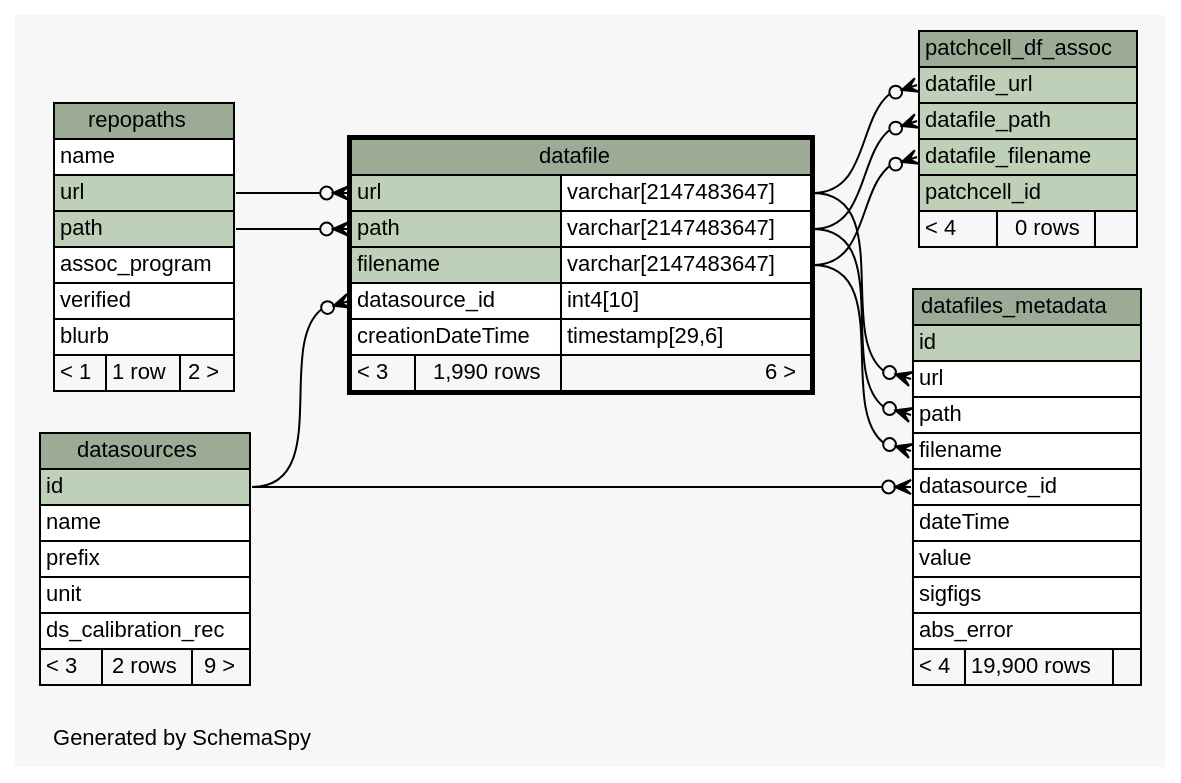
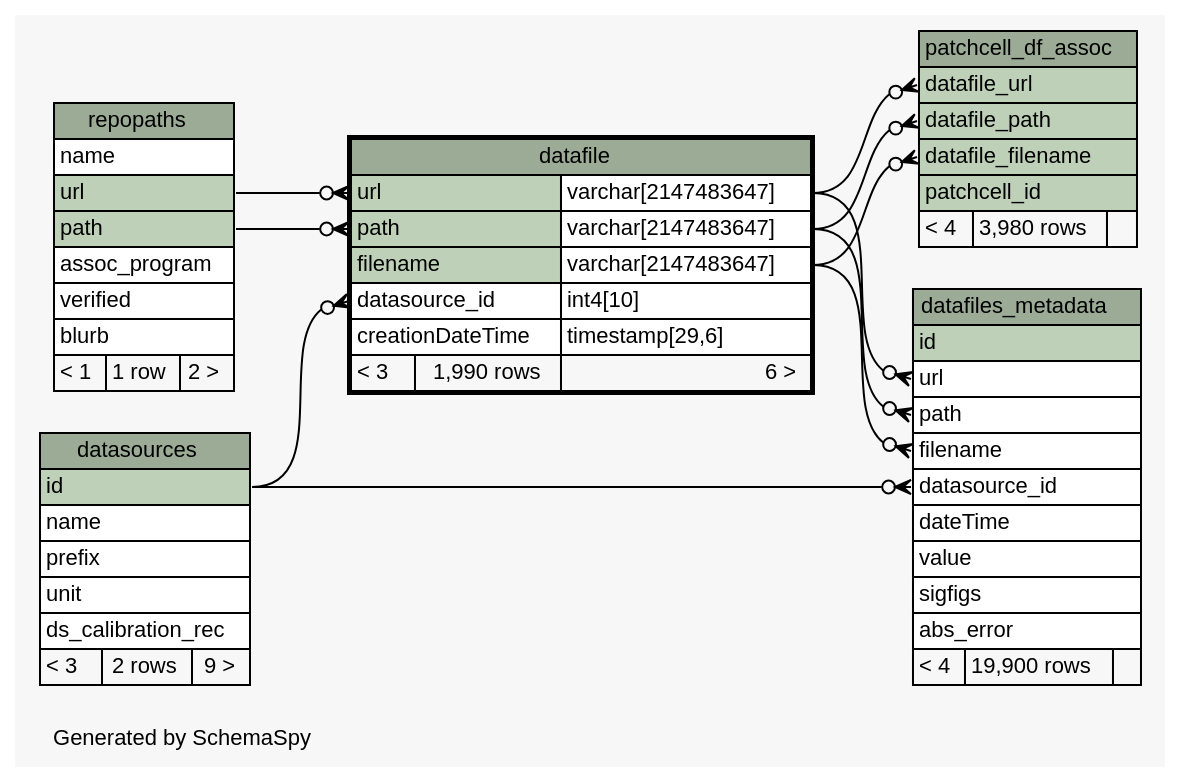
One commit to tgbugs/mlab changed the diagram in database/ss/diagrams/datafile.1degree.dot. Above: the diagram before and after it, drawn with Graphviz. The commit also changed 215 other files, not shown here.

```diff
--- a/database/ss/diagrams/datafile.1degree.dot
+++ b/database/ss/diagrams/datafile.1degree.dot
@@ -1,106 +1,106 @@
 // dot 2.32.0 on Windows 7 6.1
 // SchemaSpy rev 590
 digraph "oneDegreeRelationshipsDiagram" {
   graph [
     rankdir="RL"
     bgcolor="#f7f7f7"
     label="\nGenerated by SchemaSpy"
     labeljust="l"
     nodesep="0.18"
     ranksep="0.46"
     fontname="Helvetica"
     fontsize="11"
   ];
   node [
     fontname="Helvetica"
     fontsize="11"
     shape="plaintext"
   ];
   edge [
     arrowsize="0.8"
   ];
   "datafile":"datasource_id":w -> "datasources":"id":e [arrowhead=none dir=back arrowtail=crowodot];
   "datafile":"path":w -> "repopaths":"path":e [arrowhead=none dir=back arrowtail=crowodot];
   "datafile":"url":w -> "repopaths":"url":e [arrowhead=none dir=back arrowtail=crowodot];
   "datafiles_metadata":"datasource_id":w -> "datasources":"id":e [arrowhead=none dir=back arrowtail=crowodot];
   "datafiles_metadata":"filename":w -> "datafile":"filename.type":e [arrowhead=none dir=back arrowtail=crowodot];
   "datafiles_metadata":"path":w -> "datafile":"path.type":e [arrowhead=none dir=back arrowtail=crowodot];
   "datafiles_metadata":"url":w -> "datafile":"url.type":e [arrowhead=none dir=back arrowtail=crowodot];
   "patchcell_df_assoc":"datafile_filename":w -> "datafile":"filename.type":e [arrowhead=none dir=back arrowtail=crowodot];
   "patchcell_df_assoc":"datafile_path":w -> "datafile":"path.type":e [arrowhead=none dir=back arrowtail=crowodot];
   "patchcell_df_assoc":"datafile_url":w -> "datafile":"url.type":e [arrowhead=none dir=back arrowtail=crowodot];
   "datafile" [
     label=<
     <TABLE BORDER="2" CELLBORDER="1" CELLSPACING="0" BGCOLOR="#ffffff">
       <TR><TD COLSPAN="3" BGCOLOR="#9bab96" ALIGN="CENTER">datafile</TD></TR>
       <TR><TD PORT="url" COLSPAN="2" BGCOLOR="#bed1b8" ALIGN="LEFT">url</TD><TD PORT="url.type" ALIGN="LEFT">varchar[2147483647]</TD></TR>
       <TR><TD PORT="path" COLSPAN="2" BGCOLOR="#bed1b8" ALIGN="LEFT">path</TD><TD PORT="path.type" ALIGN="LEFT">varchar[2147483647]</TD></TR>
       <TR><TD PORT="filename" COLSPAN="2" BGCOLOR="#bed1b8" ALIGN="LEFT">filename</TD><TD PORT="filename.type" ALIGN="LEFT">varchar[2147483647]</TD></TR>
       <TR><TD PORT="datasource_id" COLSPAN="2" ALIGN="LEFT">datasource_id</TD><TD PORT="datasource_id.type" ALIGN="LEFT">int4[10]</TD></TR>
       <TR><TD PORT="creationDateTime" COLSPAN="2" ALIGN="LEFT">creationDateTime</TD><TD PORT="creationDateTime.type" ALIGN="LEFT">timestamp[29,6]</TD></TR>
       <TR><TD ALIGN="LEFT" BGCOLOR="#f7f7f7">&lt; 3</TD><TD ALIGN="RIGHT" BGCOLOR="#f7f7f7">1,990 rows</TD><TD ALIGN="RIGHT" BGCOLOR="#f7f7f7">6 &gt;</TD></TR>
     </TABLE>>
     URL="datafile.html"
     tooltip="datafile"
   ];
   "datafiles_metadata" [
     label=<
     <TABLE BORDER="0" CELLBORDER="1" CELLSPACING="0" BGCOLOR="#ffffff">
       <TR><TD COLSPAN="3" BGCOLOR="#9bab96" ALIGN="CENTER">datafiles_metadata</TD></TR>
       <TR><TD PORT="id" COLSPAN="3" BGCOLOR="#bed1b8" ALIGN="LEFT">id</TD></TR>
       <TR><TD PORT="url" COLSPAN="3" ALIGN="LEFT">url</TD></TR>
       <TR><TD PORT="path" COLSPAN="3" ALIGN="LEFT">path</TD></TR>
       <TR><TD PORT="filename" COLSPAN="3" ALIGN="LEFT">filename</TD></TR>
       <TR><TD PORT="datasource_id" COLSPAN="3" ALIGN="LEFT">datasource_id</TD></TR>
       <TR><TD PORT="dateTime" COLSPAN="3" ALIGN="LEFT">dateTime</TD></TR>
       <TR><TD PORT="value" COLSPAN="3" ALIGN="LEFT">value</TD></TR>
       <TR><TD PORT="sigfigs" COLSPAN="3" ALIGN="LEFT">sigfigs</TD></TR>
       <TR><TD PORT="abs_error" COLSPAN="3" ALIGN="LEFT">abs_error</TD></TR>
       <TR><TD ALIGN="LEFT" BGCOLOR="#f7f7f7">&lt; 4</TD><TD ALIGN="RIGHT" BGCOLOR="#f7f7f7">19,900 rows</TD><TD ALIGN="RIGHT" BGCOLOR="#f7f7f7">  </TD></TR>
     </TABLE>>
     URL="datafiles_metadata.html"
     tooltip="datafiles_metadata"
   ];
   "datasources" [
     label=<
     <TABLE BORDER="0" CELLBORDER="1" CELLSPACING="0" BGCOLOR="#ffffff">
       <TR><TD COLSPAN="3" BGCOLOR="#9bab96" ALIGN="CENTER">datasources</TD></TR>
       <TR><TD PORT="id" COLSPAN="3" BGCOLOR="#bed1b8" ALIGN="LEFT">id</TD></TR>
       <TR><TD PORT="name" COLSPAN="3" ALIGN="LEFT">name</TD></TR>
       <TR><TD PORT="prefix" COLSPAN="3" ALIGN="LEFT">prefix</TD></TR>
       <TR><TD PORT="unit" COLSPAN="3" ALIGN="LEFT">unit</TD></TR>
       <TR><TD PORT="ds_calibration_rec" COLSPAN="3" ALIGN="LEFT">ds_calibration_rec</TD></TR>
       <TR><TD ALIGN="LEFT" BGCOLOR="#f7f7f7">&lt; 3</TD><TD ALIGN="RIGHT" BGCOLOR="#f7f7f7">2 rows</TD><TD ALIGN="RIGHT" BGCOLOR="#f7f7f7">9 &gt;</TD></TR>
     </TABLE>>
     URL="datasources.html"
     tooltip="datasources"
   ];
   "patchcell_df_assoc" [
     label=<
     <TABLE BORDER="0" CELLBORDER="1" CELLSPACING="0" BGCOLOR="#ffffff">
       <TR><TD COLSPAN="3" BGCOLOR="#9bab96" ALIGN="CENTER">patchcell_df_assoc</TD></TR>
       <TR><TD PORT="datafile_url" COLSPAN="3" BGCOLOR="#bed1b8" ALIGN="LEFT">datafile_url</TD></TR>
       <TR><TD PORT="datafile_path" COLSPAN="3" BGCOLOR="#bed1b8" ALIGN="LEFT">datafile_path</TD></TR>
       <TR><TD PORT="datafile_filename" COLSPAN="3" BGCOLOR="#bed1b8" ALIGN="LEFT">datafile_filename</TD></TR>
       <TR><TD PORT="patchcell_id" COLSPAN="3" BGCOLOR="#bed1b8" ALIGN="LEFT">patchcell_id</TD></TR>
-      <TR><TD ALIGN="LEFT" BGCOLOR="#f7f7f7">&lt; 4</TD><TD ALIGN="RIGHT" BGCOLOR="#f7f7f7">0 rows</TD><TD ALIGN="RIGHT" BGCOLOR="#f7f7f7">  </TD></TR>
+      <TR><TD ALIGN="LEFT" BGCOLOR="#f7f7f7">&lt; 4</TD><TD ALIGN="RIGHT" BGCOLOR="#f7f7f7">3,980 rows</TD><TD ALIGN="RIGHT" BGCOLOR="#f7f7f7">  </TD></TR>
     </TABLE>>
     URL="patchcell_df_assoc.html"
     tooltip="patchcell_df_assoc"
   ];
   "repopaths" [
     label=<
     <TABLE BORDER="0" CELLBORDER="1" CELLSPACING="0" BGCOLOR="#ffffff">
       <TR><TD COLSPAN="3" BGCOLOR="#9bab96" ALIGN="CENTER">repopaths</TD></TR>
       <TR><TD PORT="name" COLSPAN="3" ALIGN="LEFT">name</TD></TR>
       <TR><TD PORT="url" COLSPAN="3" BGCOLOR="#bed1b8" ALIGN="LEFT">url</TD></TR>
       <TR><TD PORT="path" COLSPAN="3" BGCOLOR="#bed1b8" ALIGN="LEFT">path</TD></TR>
       <TR><TD PORT="assoc_program" COLSPAN="3" ALIGN="LEFT">assoc_program</TD></TR>
       <TR><TD PORT="verified" COLSPAN="3" ALIGN="LEFT">verified</TD></TR>
       <TR><TD PORT="blurb" COLSPAN="3" ALIGN="LEFT">blurb</TD></TR>
       <TR><TD ALIGN="LEFT" BGCOLOR="#f7f7f7">&lt; 1</TD><TD ALIGN="RIGHT" BGCOLOR="#f7f7f7">1 row</TD><TD ALIGN="RIGHT" BGCOLOR="#f7f7f7">2 &gt;</TD></TR>
     </TABLE>>
     URL="repopaths.html"
     tooltip="repopaths"
   ];
 }
```
